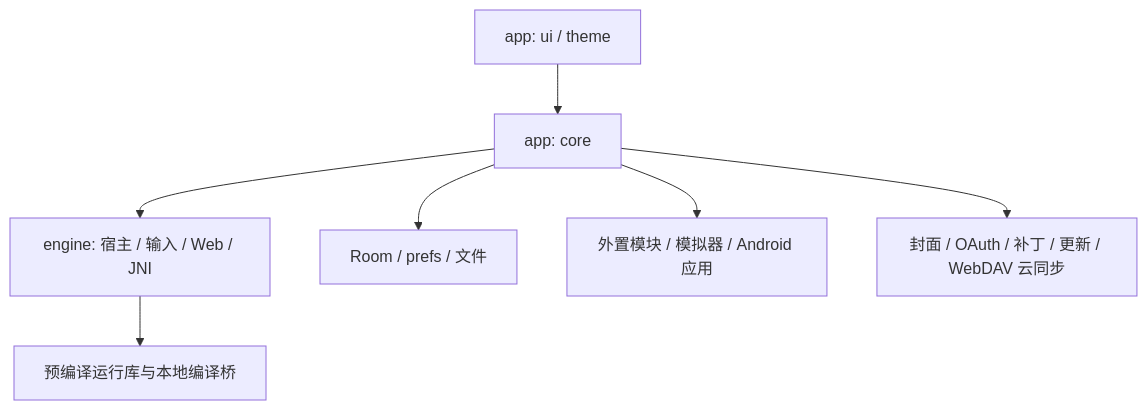
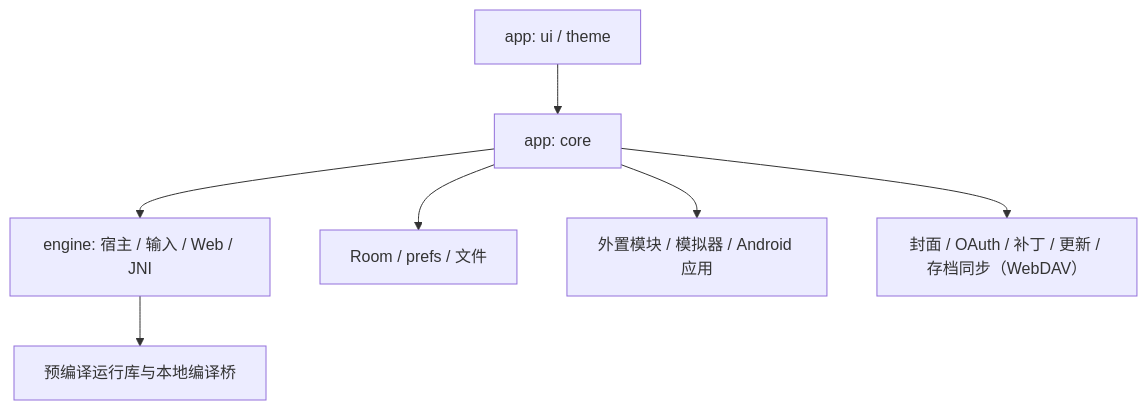
The diagram in ARCHITECTURE.md (Weiss-UltimateSavior/Tyranor-Next), drawn with Mermaid before and after one commit. The commit also changed other lines of this file and 37 other files, not shown here.

Commit message:
fix(save): recover WebDAV activations and validate publications

````diff
--- a/ARCHITECTURE.md
+++ b/ARCHITECTURE.md
@@ -20,9 +20,9 @@
 ```mermaid
 flowchart TD
     UI["app: ui / theme"] --> Core["app: core"]
     Core --> Engine["engine: 宿主 / 输入 / Web / JNI"]
     Core --> DB["Room / prefs / 文件"]
     Core --> External["外置模块 / 模拟器 / Android 应用"]
-    Core --> Network["封面 / OAuth / 补丁 / 更新 / WebDAV 云同步"]
+    Core --> Network["封面 / OAuth / 补丁 / 更新 / 存档同步（WebDAV）"]
     Engine --> Native["预编译运行库与本地编译桥"]
 ```
````
